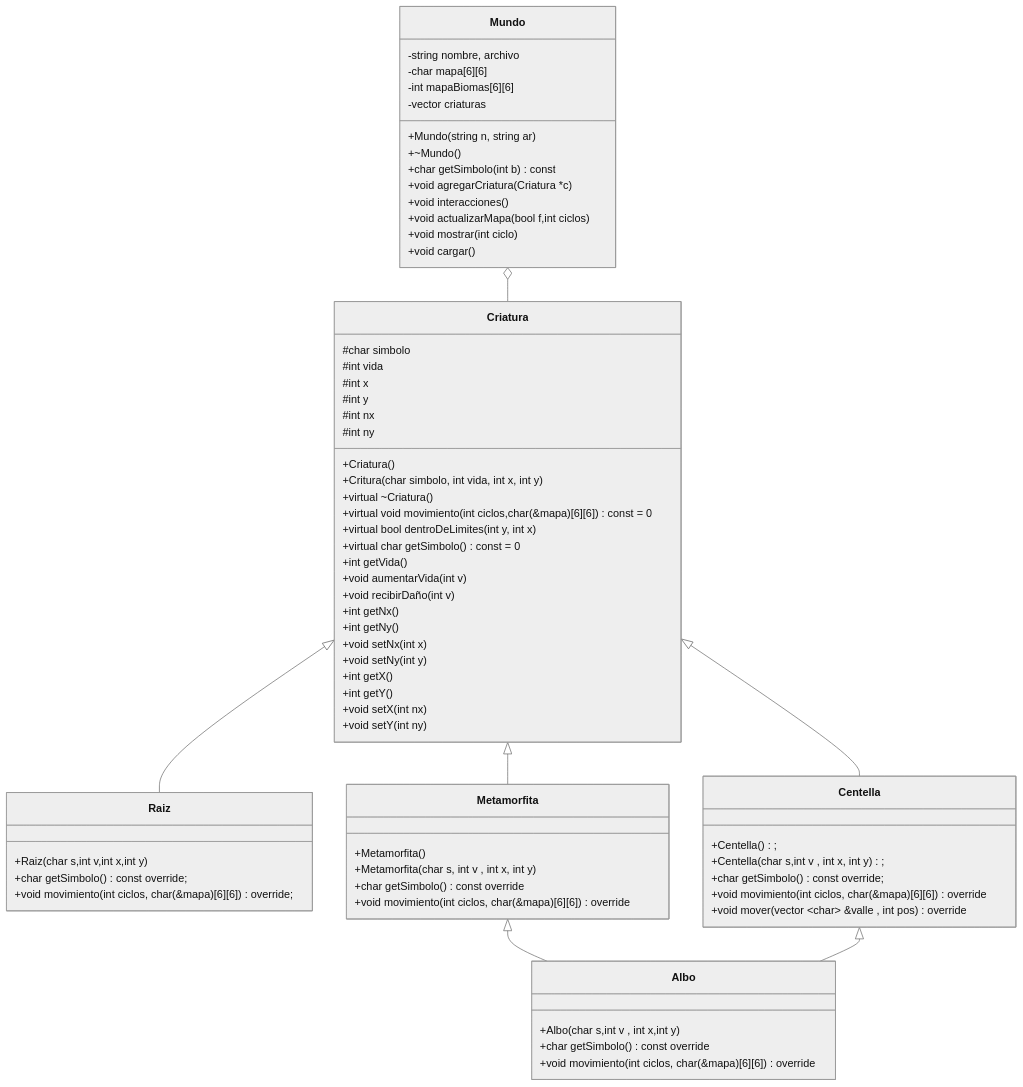
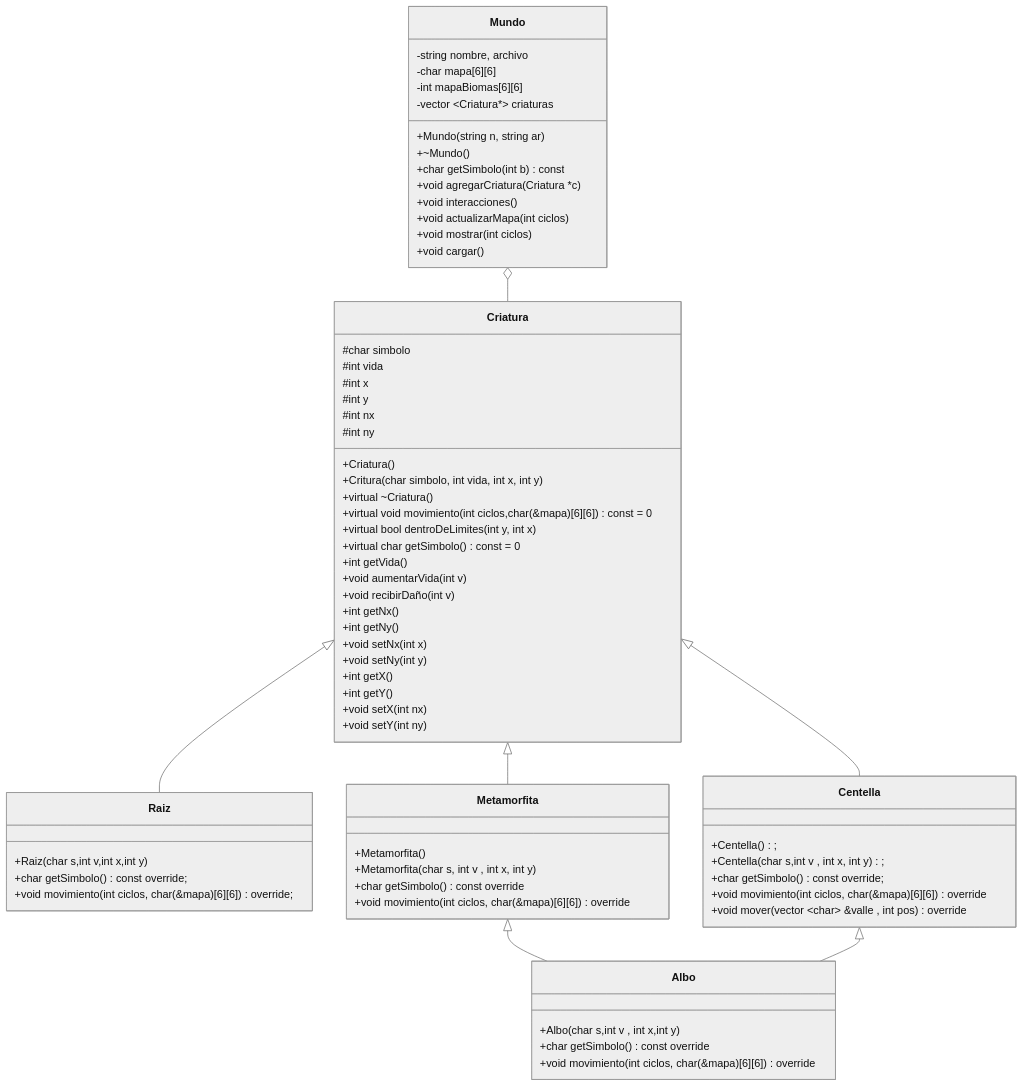
The diagram in DiagramasUML.md (Cami0111/ProyectoF-C), drawn with Mermaid (neutral theme) before and after one commit.

Commit message:
Diagramas UML actualizados

````diff
--- a/DiagramasUML.md
+++ b/DiagramasUML.md
@@ -1,72 +1,72 @@
 ```mermaid 
 classDiagram 
   class Mundo{
     -string nombre, archivo
     -char mapa[6][6]
     -int mapaBiomas[6][6]
-    -vector <Criatura*> criaturas
+    -vector ~Criatura*~ criaturas
     +Mundo(string n, string ar)
     +~Mundo()
     +char getSimbolo(int b) const
     +void agregarCriatura(Criatura *c)
     +void interacciones()
-    +void actualizarMapa(bool f,int ciclos)
-    +void mostrar(int ciclo)
+    +void actualizarMapa(int ciclos)
+    +void mostrar(int ciclos)
     +void cargar()
   }
   class Criatura{
     #char simbolo
     #int vida
     #int x
     #int y
     #int nx
     #int ny
     +Criatura()
     +Critura(char simbolo, int vida, int x, int y)
     +virtual ~Criatura()
     +virtual void movimiento(int ciclos,char(&mapa)[6][6]) const = 0 
     +virtual bool dentroDeLimites(int y, int x)
     +virtual char getSimbolo() const = 0
     +int getVida()
     +void aumentarVida(int v)
     +void recibirDaño(int v)
     +int getNx()
     +int getNy()
     +void setNx(int x)
     +void setNy(int y)
     +int getX()
     +int getY()
     +void setX(int nx)
     +void setY(int ny)
   
     }
   class Raiz{
     +Raiz(char s,int v,int x,int y)
     +char getSimbolo()const override;
     +void movimiento(int ciclos,  char (&mapa)[6][6]) override;
     }
   class Centella{
     +Centella();
     +Centella(char s,int v , int x, int y);
     +char getSimbolo() const override;
     +void movimiento(int ciclos, char (&mapa)[6][6]) override 
     +void mover(vector ~char~ &valle , int pos) override
   }
   class Albo{
     +Albo(char s,int v , int x,int y)
     +char getSimbolo() const override
     +void movimiento(int ciclos, char (&mapa)[6][6]) override
   }
   class Metamorfita{
     +Metamorfita()
     +Metamorfita(char s, int v , int x, int y)
     +char getSimbolo()const override
     +void movimiento(int ciclos, char (&mapa)[6][6]) override
   }
 Mundo o-- Criatura
 Criatura <|-- Raiz
 Criatura <|-- Centella
 Metamorfita <|-- Albo
 Centella <|-- Albo
 Criatura <|-- Metamorfita
 ```
````
